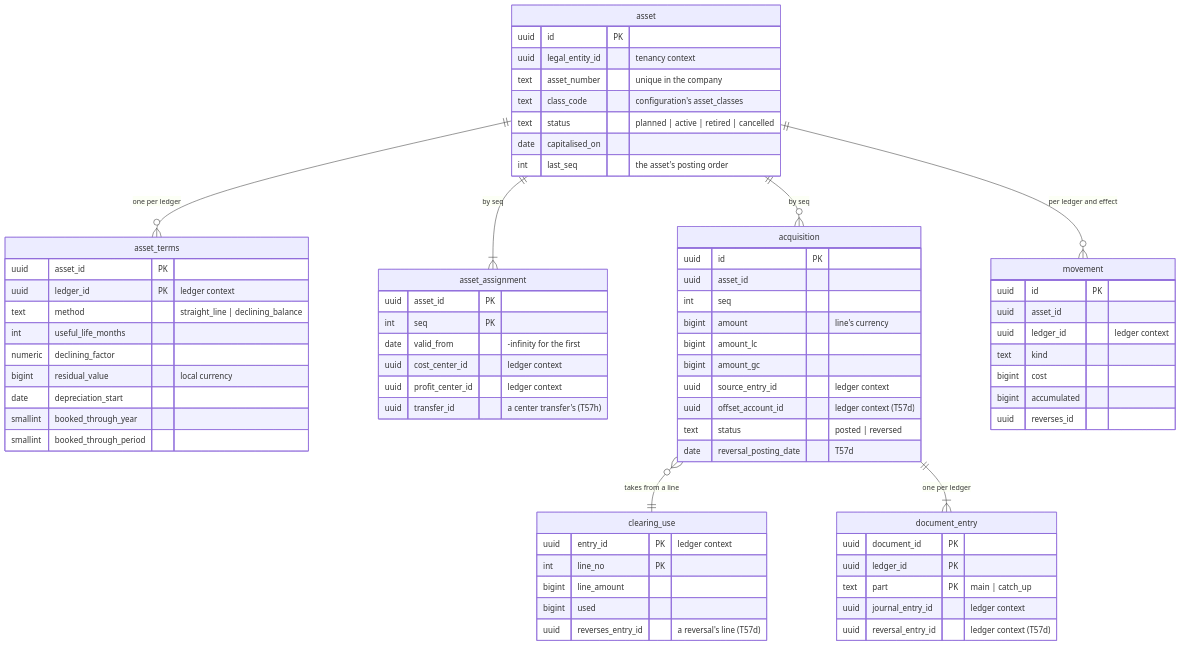
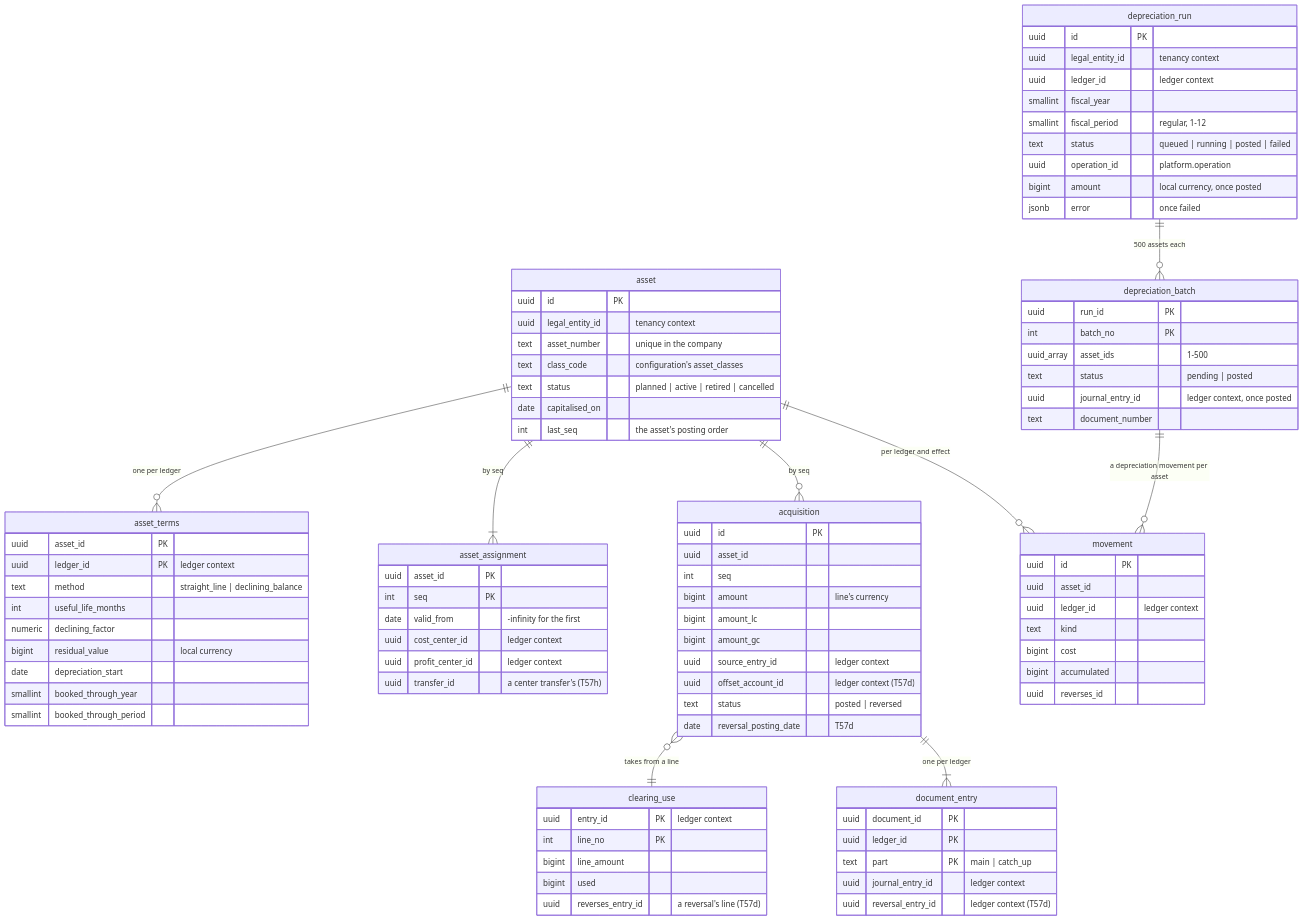
Diagram 13 of 13 in docs/design/03-data-model.md (mustie7iy/agentic-erp), drawn with Mermaid before and after one commit. The commit also changed other lines of this file and 47 other files, not shown here.

````diff
--- a/docs/design/03-data-model.md
+++ b/docs/design/03-data-model.md
@@ -2874,58 +2875,75 @@
 ```mermaid
 erDiagram
   asset ||--o{ asset_terms : "one per ledger"
   asset ||--|{ asset_assignment : "by seq"
   asset ||--o{ acquisition : "by seq"
   asset ||--o{ movement : "per ledger and effect"
   acquisition }o--|| clearing_use : "takes from a line"
   acquisition ||--|{ document_entry : "one per ledger"
+  depreciation_run ||--o{ depreciation_batch : "500 assets each"
+  depreciation_batch ||--o{ movement : "a depreciation movement per asset"
   asset { uuid id PK
     uuid legal_entity_id "tenancy context"
     text asset_number "unique in the company"
     text class_code "configuration's asset_classes"
     text status "planned | active | retired | cancelled"
     date capitalised_on
     int last_seq "the asset's posting order" }
   asset_terms { uuid asset_id PK
     uuid ledger_id PK "ledger context"
     text method "straight_line | declining_balance"
     int useful_life_months
     numeric declining_factor
     bigint residual_value "local currency"
     date depreciation_start
     smallint booked_through_year
     smallint booked_through_period }
   asset_assignment { uuid asset_id PK
     int seq PK
     date valid_from "-infinity for the first"
     uuid cost_center_id "ledger context"
     uuid profit_center_id "ledger context"
     uuid transfer_id "a center transfer's (T57h)" }
   acquisition { uuid id PK
     uuid asset_id
     int seq
     bigint amount "line's currency"
     bigint amount_lc
     bigint amount_gc
     uuid source_entry_id "ledger context"
     uuid offset_account_id "ledger context (T57d)"
     text status "posted | reversed"
     date reversal_posting_date "T57d" }
   clearing_use { uuid entry_id PK "ledger context"
     int line_no PK
     bigint line_amount
     bigint used
     uuid reverses_entry_id "a reversal's line (T57d)" }
   movement { uuid id PK
     uuid asset_id
     uuid ledger_id "ledger context"
     text kind
     bigint cost
     bigint accumulated
     uuid reverses_id }
   document_entry { uuid document_id PK
     uuid ledger_id PK
     text part PK "main | catch_up"
     uuid journal_entry_id "ledger context"
     uuid reversal_entry_id "ledger context (T57d)" }
+  depreciation_run { uuid id PK
+    uuid legal_entity_id "tenancy context"
+    uuid ledger_id "ledger context"
+    smallint fiscal_year
+    smallint fiscal_period "regular, 1-12"
+    text status "queued | running | posted | failed"
+    uuid operation_id "platform.operation"
+    bigint amount "local currency, once posted"
+    jsonb error "once failed" }
+  depreciation_batch { uuid run_id PK
+    int batch_no PK
+    uuid_array asset_ids "1-500"
+    text status "pending | posted"
+    uuid journal_entry_id "ledger context, once posted"
+    text document_number }
 ```
````
